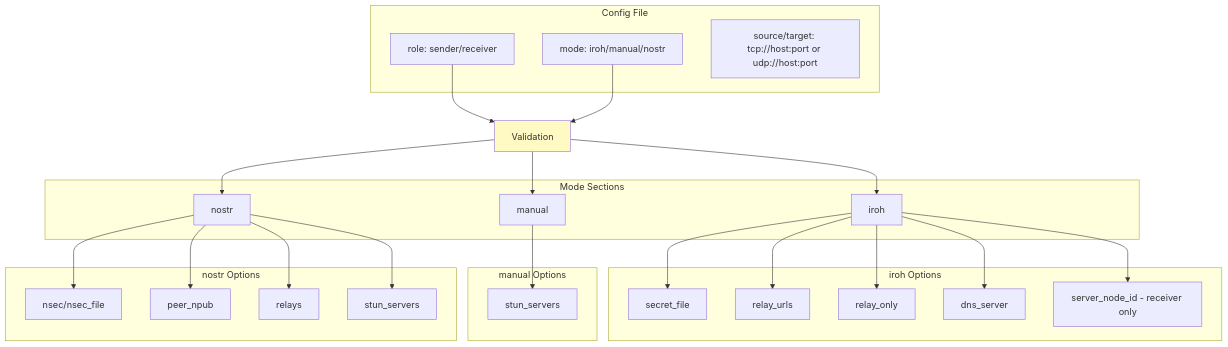
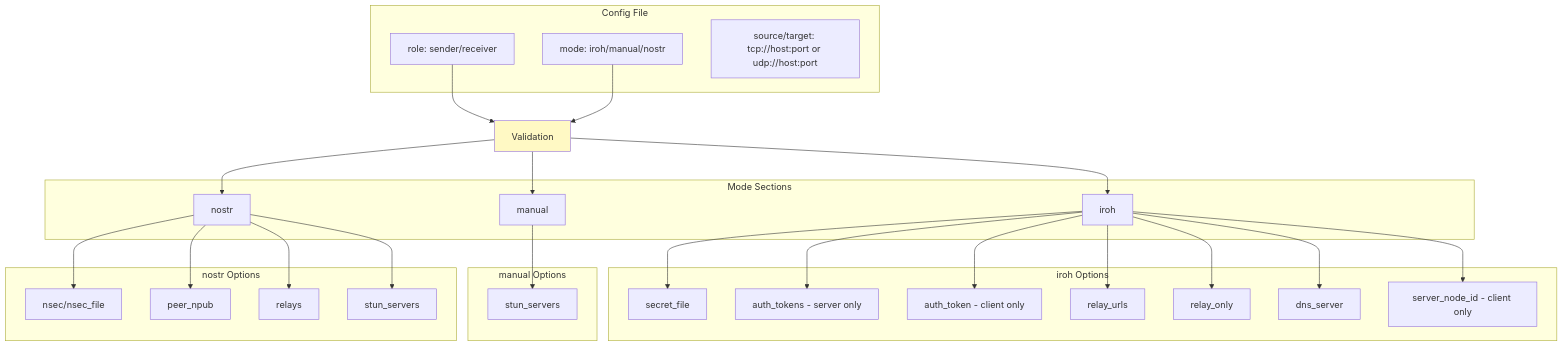
Before and after one commit to andrewtheguy/vpn-rs: diagram 22 of 35 in docs/ARCHITECTURE.md, drawn with Mermaid. The commit also changed other lines of this file and 4 other files, not shown here.

Commit message:
feat: update authentication flow documentation and response handling with timeout and rejection reason truncation

````diff
--- a/docs/ARCHITECTURE.md
+++ b/docs/ARCHITECTURE.md
@@ -944,53 +944,57 @@
 ```mermaid
 graph TB
     subgraph "Config File"
         A[role: sender/receiver]
         B[mode: iroh/manual/nostr]
         C[source/target: tcp://host:port or udp://host:port]
     end
 
     subgraph "Mode Sections"
         E[iroh]
         G[manual]
         H[nostr]
     end
 
     subgraph "iroh Options"
         I[secret_file]
+        I2[auth_tokens - server only]
+        I3[auth_token - client only]
         J[relay_urls]
         K[relay_only]
         L[dns_server]
-        M[server_node_id - receiver only]
+        M[server_node_id - client only]
     end
 
     subgraph "manual Options"
         N[stun_servers]
     end
 
     subgraph "nostr Options"
         O[nsec/nsec_file]
         P[peer_npub]
         Q[relays]
         R[stun_servers]
     end
 
     A --> S[Validation]
     B --> S
     S --> E
     S --> G
     S --> H
 
     E --> I
+    E --> I2
+    E --> I3
     E --> J
     E --> K
     E --> L
     E --> M
 
     G --> N
     H --> O
     H --> P
     H --> Q
     H --> R
 
     style S fill:#FFF9C4
 ```
````
